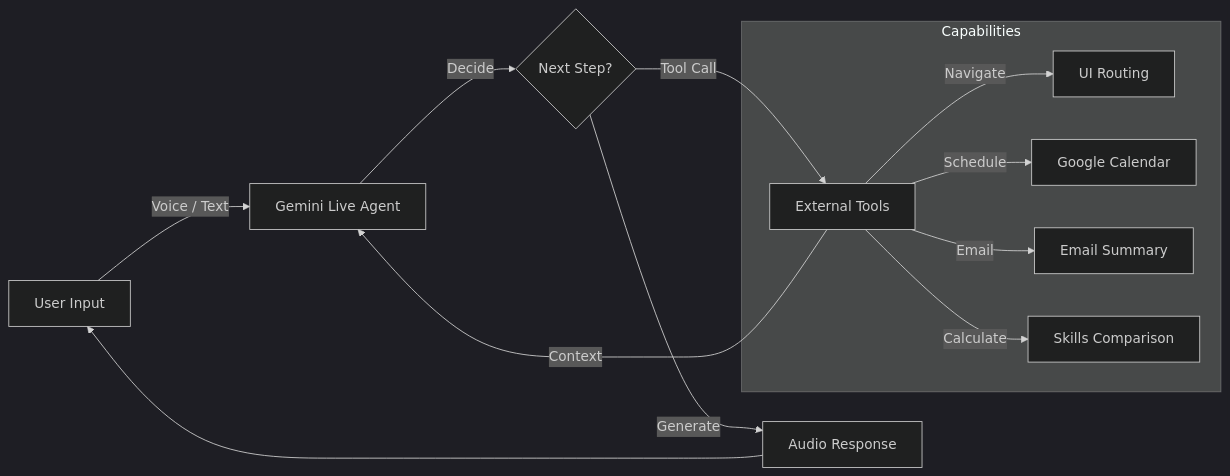
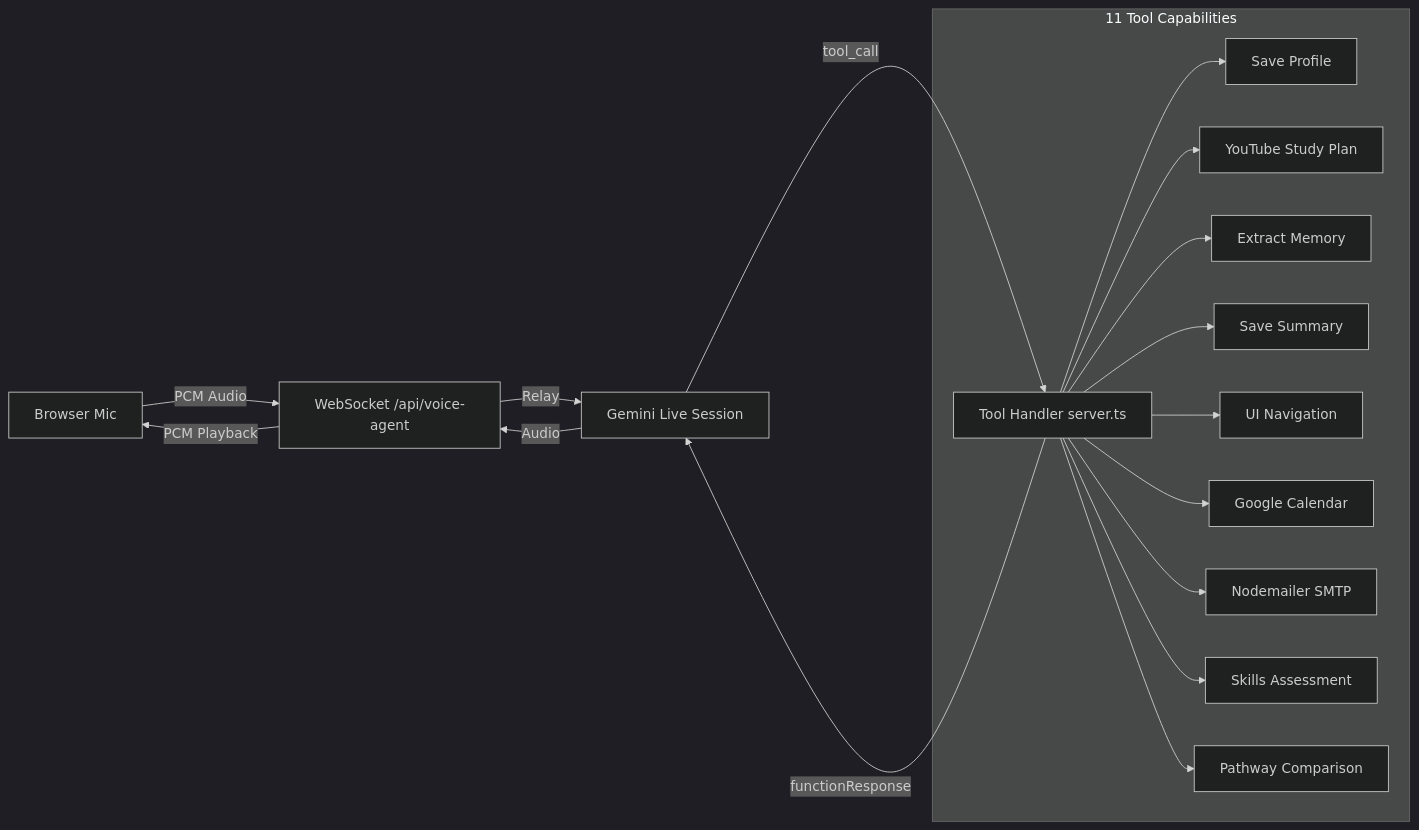
Before and after one commit to sankethrajpatil/TechIndiana: the diagram in docs/agenticAI.md, drawn with Mermaid (dark theme). The commit also changed other lines of this file and 3 other files, not shown here.

````diff
--- a/docs/agenticAI.md
+++ b/docs/agenticAI.md
@@ -9,18 +9,22 @@
 ```mermaid
 graph LR
-    User[User Input] -->|Voice / Text| Gemini[Gemini Live Agent]
-    Gemini -->|Decide| Action{Next Step?}
-    
-    Action -->|Generate| Response[Audio Response]
-    Action -->|Tool Call| Tools[External Tools]
-    
-    subgraph "Capabilities"
-        Tools -->|Navigate| UIRouting[UI Routing]
-        Tools -->|Schedule| Calendar[Google Calendar]
-        Tools -->|Email| Nodemailer[Email Summary]
-        Tools -->|Calculate| Assessment[Skills Comparison]
+    User[Browser Mic] -->|PCM Audio| WS[WebSocket /api/voice-agent]
+    WS -->|Relay| Gemini[Gemini Live Session]
+    Gemini -->|Audio| WS -->|PCM Playback| User
+
+    Gemini -->|tool_call| Handler[Tool Handler server.ts]
+
+    subgraph "11 Tool Capabilities"
+        Handler --> Profile[Save Profile]
+        Handler --> StudyPlan[YouTube Study Plan]
+        Handler --> Memory[Extract Memory]
+        Handler --> Summary[Save Summary]
+        Handler --> Route[UI Navigation]
+        Handler --> Calendar[Google Calendar]
+        Handler --> Email[Nodemailer SMTP]
+        Handler --> Skills[Skills Assessment]
+        Handler --> Pathway[Pathway Comparison]
     end
-    
-    Tools -->|Context| Gemini
-    Response --> User
+
+    Handler -->|functionResponse| Gemini
 ```
````
